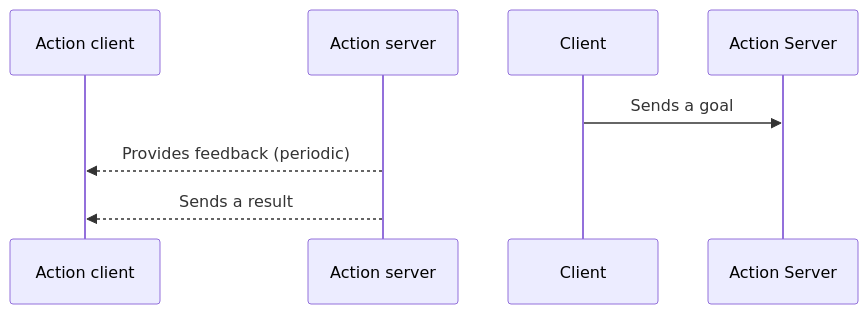
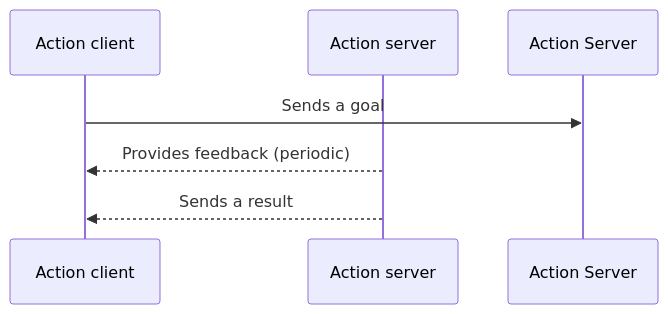
The third of 3 diagrams in source/ROS-Framework/Interfaces-Topics-Services-Actions.rst (ros2/ros2_documentation), drawn with Mermaid before and after one commit.

Commit message:
Fix malformed Actions sequence diagram

```diff
--- a/source/ROS-Framework/Interfaces-Topics-Services-Actions.rst
+++ b/source/ROS-Framework/Interfaces-Topics-Services-Actions.rst
@@ -114,8 +114,8 @@
 .. mermaid::
 
    sequenceDiagram
     participant Action client
     participant Action server
-    Client->>Action Server: Sends a goal
+    Action client->>Action Server: Sends a goal
     Action server-->>Action client: Provides feedback (periodic)
     Action server-->>Action client: Sends a result
```
